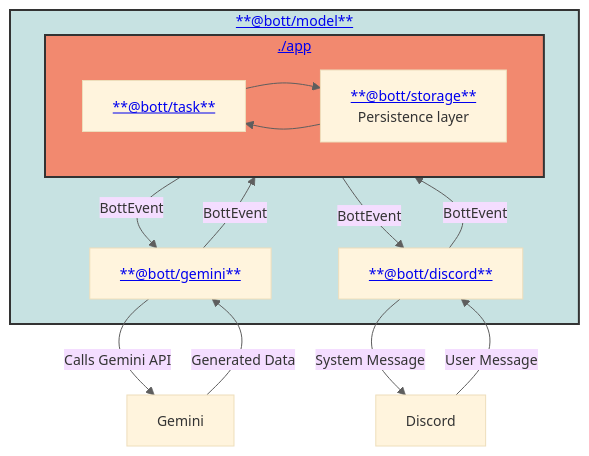
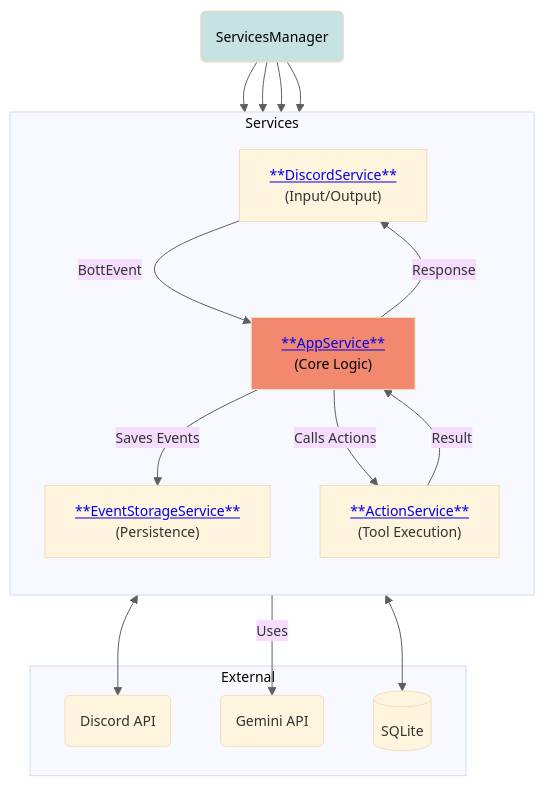
One commit to daniellacosse-code/Bott changed the diagram in ARCHITECTURE.md. Above: the diagram before and after it, drawn with Mermaid. The commit also changed 10 other files, not shown here.

````diff
--- a/ARCHITECTURE.md
+++ b/ARCHITECTURE.md
@@ -11,30 +11,39 @@
 ```mermaid
 %%{init: {'theme': 'base', 'themeVariables': { 'lineColor': '#5e5e5e', 'fontSize': '14px' }}}%%
 flowchart TD
-  subgraph Model["<a href='https://github.com/daniellacosse-code/Bott/tree/main/model'>**@bott/model**</a>"]
-    BottDiscord["<a href='https://github.com/daniellacosse-code/Bott/tree/main/libraries/discord'>**@bott/discord**</a>"]
-    
-    subgraph App["<a href='https://github.com/daniellacosse-code/Bott/tree/main/app'>./app</a>"]
-      BottAppLayer["<a href='https://github.com/daniellacosse-code/Bott/tree/main/libraries/task'>**@bott/task**</a>"]
-      BottDataLayer["<a href='https://github.com/daniellacosse-code/Bott/tree/main/libraries/storage'>**@bott/storage**</a><br>Persistence layer"]
-      
-      BottAppLayer --> BottDataLayer
-      BottDataLayer --> BottAppLayer
-    end
-    
-    BottGemini["<a href='https://github.com/daniellacosse-code/Bott/tree/main/libraries/gemini'>**@bott/gemini**</a>"]
+  ServicesManager(ServicesManager)
+  
+  subgraph Services
+    direction TB
+    DiscordService["<a href='https://github.com/daniellacosse-code/Bott/tree/main/libraries/chatSpaces/discord'>**DiscordService**</a><br>(Input/Output)"]
+    AppService["<a href='https://github.com/daniellacosse-code/Bott/tree/main/app/service'>**AppService**</a><br>(Core Logic)"]
+    ActionService["<a href='https://github.com/daniellacosse-code/Bott/tree/main/libraries/system/actions'>**ActionService**</a><br>(Tool Execution)"]
+    StorageService["<a href='https://github.com/daniellacosse-code/Bott/tree/main/libraries/system/storage'>**EventStorageService**</a><br>(Persistence)"]
+  end
+  
+  subgraph External
+    DiscordAPI(Discord API)
+    GeminiAPI(Gemini API)
+    DB[(SQLite)]
   end
 
-  %% Flow from Discord User to Bot and back
-  Discord -- "User Message" --> BottDiscord
-  BottDiscord -- "BottEvent" --> App
-  App -- "BottEvent" --> BottGemini
-  BottGemini -- "Calls Gemini API" --> Gemini
-  Gemini -- "Generated Data" --> BottGemini
-  BottGemini -- "BottEvent" --> App
-  App -- "BottEvent" --> BottDiscord
-  BottDiscord -- "System Message" --> Discord
+  ServicesManager --> DiscordService
+  ServicesManager --> AppService
+  ServicesManager --> ActionService
+  ServicesManager --> StorageService
 
-  style App fill:#f2896f,color:black,stroke:#333,stroke-width:2px
-  style Model fill:#c7e2e2,color:black,stroke:#333,stroke-width:2px
+  DiscordService <--> DiscordAPI
+  DiscordService -- "BottEvent" --> AppService
+  
+  AppService -- "Saves Events" --> StorageService
+  StorageService <--> DB
+  
+  AppService -- "Calls Actions" --> ActionService
+  ActionService -- "Uses" --> GeminiAPI
+  ActionService -- "Result" --> AppService
+  
+  AppService -- "Response" --> DiscordService
+
+  style AppService fill:#f2896f,color:black
+  style ServicesManager fill:#c7e2e2,color:black
 ```
````
